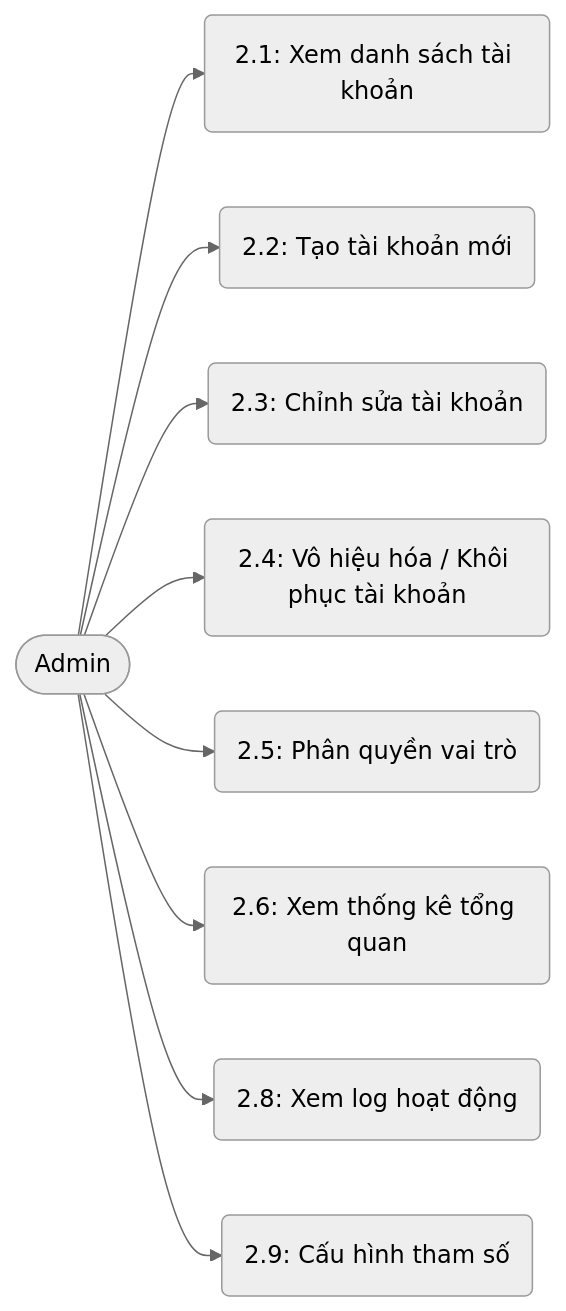
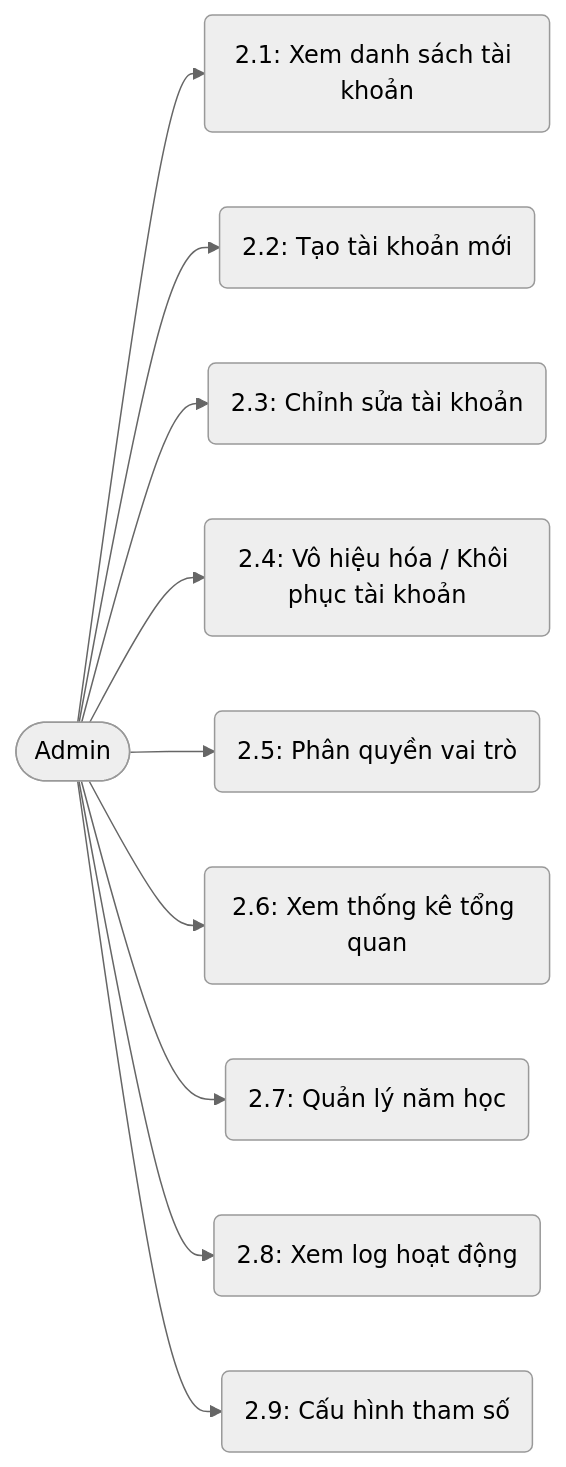
The diagram in Tài liệu dự án/02_UC_Admin.md (DinhKhoa/NovaThesis), drawn with Mermaid (neutral theme) before and after one commit. The commit also changed other lines of this file and 10 other files, not shown here.

````diff
--- a/Tài liệu dự án/02_UC_Admin.md
+++ b/Tài liệu dự án/02_UC_Admin.md
@@ -7,12 +7,13 @@
 ```mermaid
 graph LR
     Admin([Admin])
     Admin --> UC2.1(2.1: Xem danh sách tài khoản)
     Admin --> UC2.2(2.2: Tạo tài khoản mới)
     Admin --> UC2.3(2.3: Chỉnh sửa tài khoản)
     Admin --> UC2.4(2.4: Vô hiệu hóa / Khôi phục tài khoản)
     Admin --> UC2.5(2.5: Phân quyền vai trò)
     Admin --> UC2.6(2.6: Xem thống kê tổng quan)
+    Admin --> UC2.7(2.7: Quản lý năm học)
     Admin --> UC2.8(2.8: Xem log hoạt động)
     Admin --> UC2.9(2.9: Cấu hình tham số)
 ```
````
